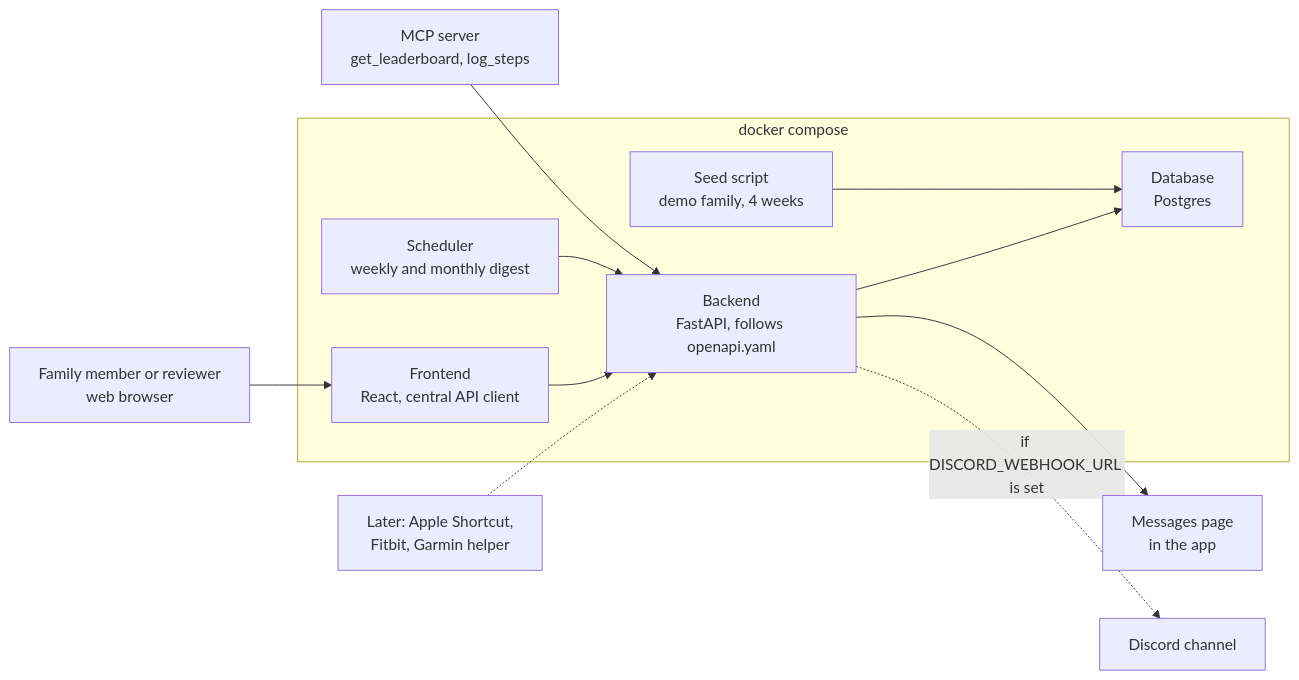
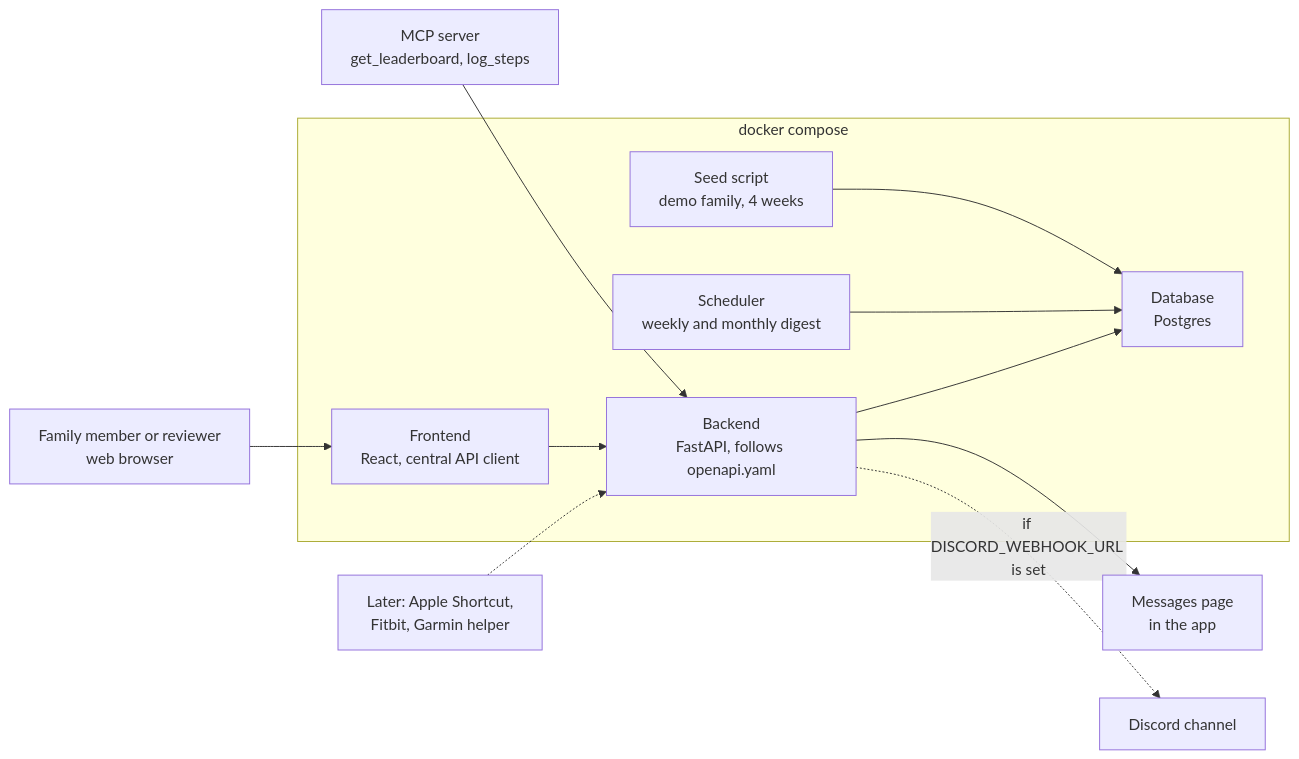
The diagram in docs/plan.md (ChristianSpencer7/ai-dev-tools-proj), drawn with Mermaid before and after one commit. The commit also changed other lines of this file, not shown here.

Commit message:
Show the scheduler writing to the database in the plan
The Django scheduler calls the digest code directly instead of the
API, so the architecture diagram's arrow now points to the database.

````diff
--- a/docs/plan.md
+++ b/docs/plan.md
@@ -39,14 +39,14 @@
 ```mermaid
 flowchart LR
     U["Family member or reviewer<br/>web browser"] --> FE
     EXT["Later: Apple Shortcut,<br/>Fitbit, Garmin helper"] -.-> API
     subgraph Compose["docker compose"]
         FE["Frontend<br/>React, central API client"] --> API["Backend<br/>FastAPI, follows openapi.yaml"]
         API --> DB["Database<br/>Postgres"]
-        SCH["Scheduler<br/>weekly and monthly digest"] --> API
+        SCH["Scheduler<br/>weekly and monthly digest"] --> DB
         SEED["Seed script<br/>demo family, 4 weeks"] --> DB
     end
     API --> MSG["Messages page<br/>in the app"]
     API -. "if DISCORD_WEBHOOK_URL is set" .-> DC["Discord channel"]
     MCP["MCP server<br/>get_leaderboard, log_steps"] --> API
 ```
````
